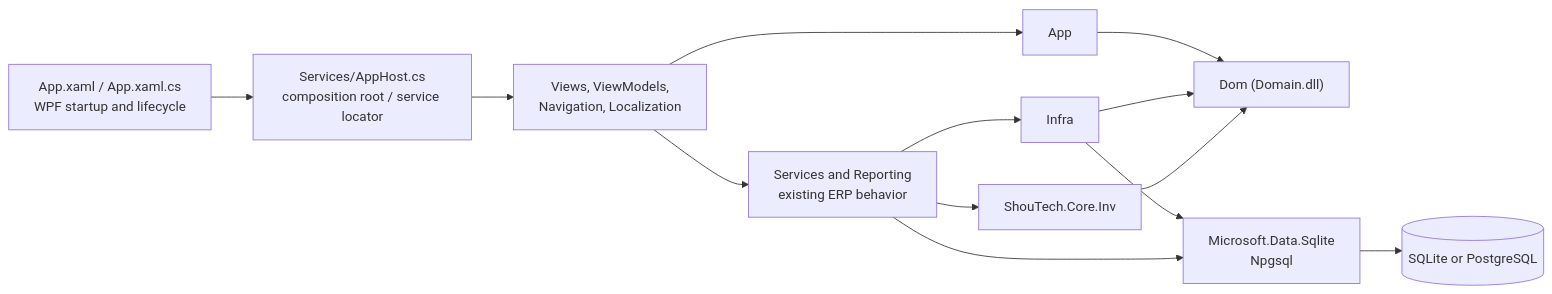
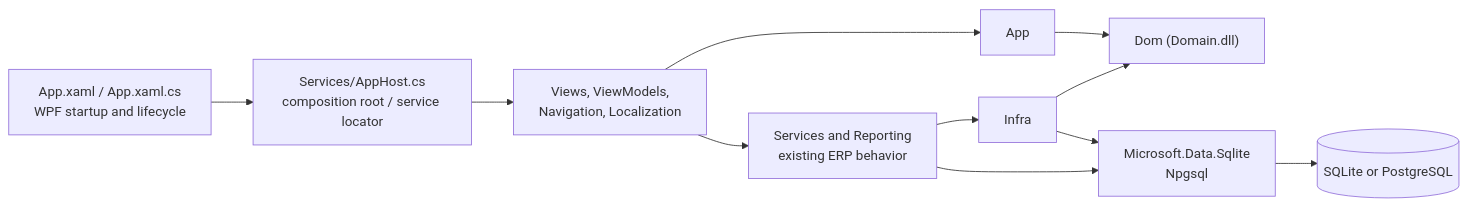
Before and after one commit to Roni4422/ShouTech: the third of 4 diagrams in docs/ARCHITECTURE.md, drawn with Mermaid. The commit also changed other lines of this file, not shown here.

Commit message:
docs: align architecture map with archived inventory adapter

````diff
--- a/docs/ARCHITECTURE.md
+++ b/docs/ARCHITECTURE.md
@@ -65,26 +62,23 @@
 ```mermaid
 flowchart LR
     Startup["App.xaml / App.xaml.cs<br/>WPF startup and lifecycle"]
     Host["Services/AppHost.cs<br/>composition root / service locator"]
     UI["Views, ViewModels,<br/>Navigation, Localization"]
     LegacyServices["Services and Reporting<br/>existing ERP behavior"]
     Application["App"]
     Domain["Dom (Domain.dll)"]
     Infrastructure["Infra"]
-    Inventory["ShouTech.Core.Inv"]
     Providers["Microsoft.Data.Sqlite<br/>Npgsql"]
     DB[(SQLite or PostgreSQL)]
 
     Startup --> Host
     Host --> UI
     UI --> LegacyServices
     UI --> Application
     Application --> Domain
-    LegacyServices --> Inventory
     LegacyServices --> Infrastructure
     Infrastructure --> Domain
     Infrastructure --> Providers
-    Inventory --> Domain
     LegacyServices --> Providers
     Providers --> DB
 ```
````
